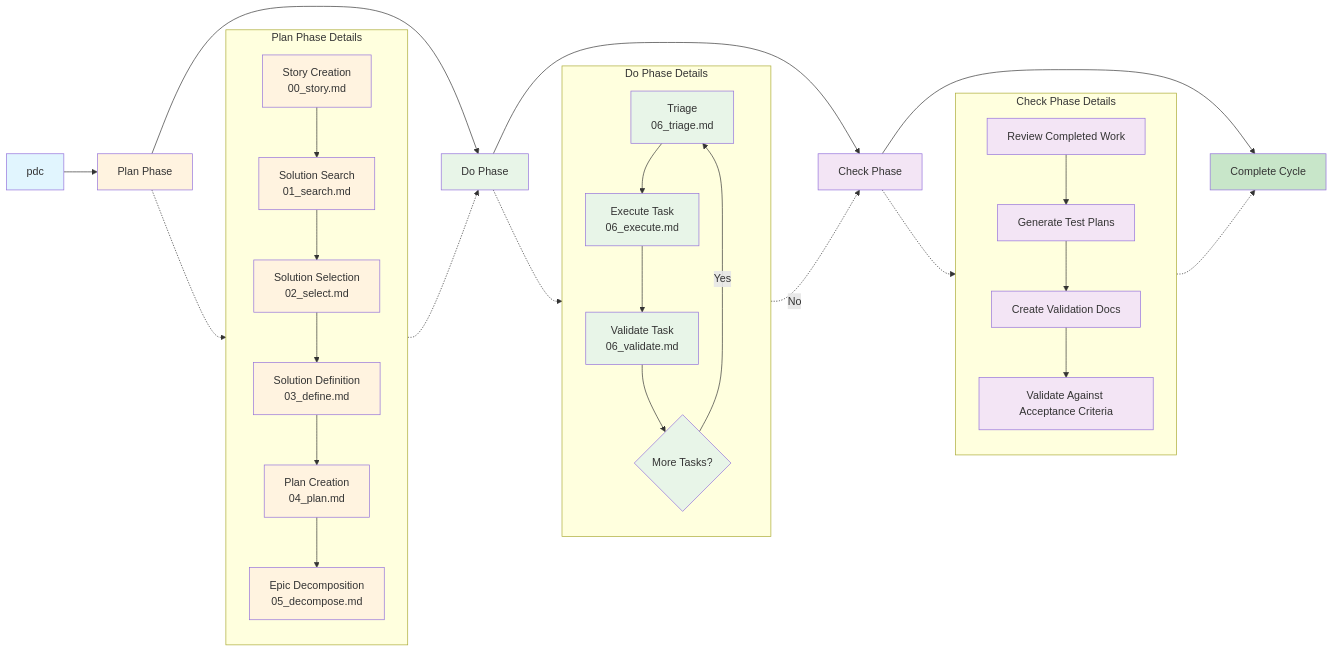
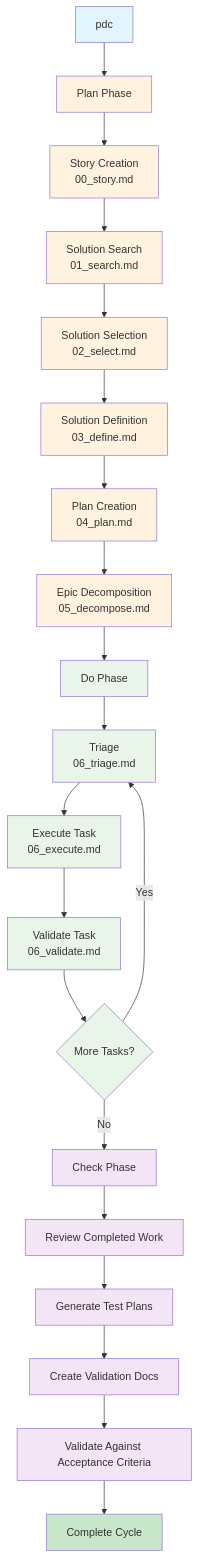
One commit to riazarbi/way changed the diagram in README.md. Above: the diagram before and after it, drawn with Mermaid.

Commit message:
mermaid diagram rework

````diff
--- a/README.md
+++ b/README.md
@@ -43,65 +43,43 @@
 ```mermaid
-graph LR
+graph TD
     A[pdc <user-story>] --> B[Plan Phase]
-    B --> C[Do Phase]
-    C --> D[Check Phase]
-    D --> E[Complete Cycle]
-    
-    subgraph Plan ["Plan Phase Details"]
-        direction TB
-        B1[Story Creation<br/>00_story.md]
-        B2[Solution Search<br/>01_search.md]
-        B3[Solution Selection<br/>02_select.md]
-        B4[Solution Definition<br/>03_define.md]
-        B5[Plan Creation<br/>04_plan.md]
-        B6[Epic Decomposition<br/>05_decompose.md]
-        B1 --> B2 --> B3 --> B4 --> B5 --> B6
-    end
-    
-    subgraph Do ["Do Phase Details"]
-        direction TB
-        C1[Triage<br/>06_triage.md]
-        C2[Execute Task<br/>06_execute.md]
-        C3[Validate Task<br/>06_validate.md]
-        C4{More Tasks?}
-        C1 --> C2 --> C3 --> C4
-        C4 -->|Yes| C1
-    end
-    
-    subgraph Check ["Check Phase Details"]
-        direction TB
-        D1[Review Completed Work]
-        D2[Generate Test Plans]
-        D3[Create Validation Docs]
-        D4[Validate Against Acceptance Criteria]
-        D1 --> D2 --> D3 --> D4
-    end
-    
-    B -.-> B1
-    B6 -.-> C
-    C -.-> C1
-    C4 -.->|No| D
-    D -.-> D1
-    D4 -.-> E
+    B --> B1[Story Creation<br/>00_story.md]
+    B1 --> B2[Solution Search<br/>01_search.md]
+    B2 --> B3[Solution Selection<br/>02_select.md]
+    B3 --> B4[Solution Definition<br/>03_define.md]
+    B4 --> B5[Plan Creation<br/>04_plan.md]
+    B5 --> B6[Epic Decomposition<br/>05_decompose.md]
+    B6 --> C[Do Phase]
+    C --> C1[Triage<br/>06_triage.md]
+    C1 --> C2[Execute Task<br/>06_execute.md]
+    C2 --> C3[Validate Task<br/>06_validate.md]
+    C3 --> C4{More Tasks?}
+    C4 -->|Yes| C1
+    C4 -->|No| D[Check Phase]
+    D --> D1[Review Completed Work]
+    D1 --> D2[Generate Test Plans]
+    D2 --> D3[Create Validation Docs]
+    D3 --> D4[Validate Against Acceptance Criteria]
+    D4 --> E[Complete Cycle]
     
     %% Styling
     style A fill:#e1f5fe
     style B fill:#fff3e0
     style C fill:#e8f5e8
     style D fill:#f3e5f5
     style E fill:#c8e6c9
     style B1 fill:#fff3e0
     style B2 fill:#fff3e0
     style B3 fill:#fff3e0
     style B4 fill:#fff3e0
     style B5 fill:#fff3e0
     style B6 fill:#fff3e0
     style C1 fill:#e8f5e8
     style C2 fill:#e8f5e8
     style C3 fill:#e8f5e8
     style C4 fill:#e8f5e8
     style D1 fill:#f3e5f5
     style D2 fill:#f3e5f5
     style D3 fill:#f3e5f5
     style D4 fill:#f3e5f5
 ```
````
